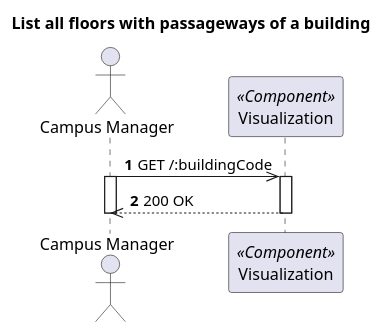
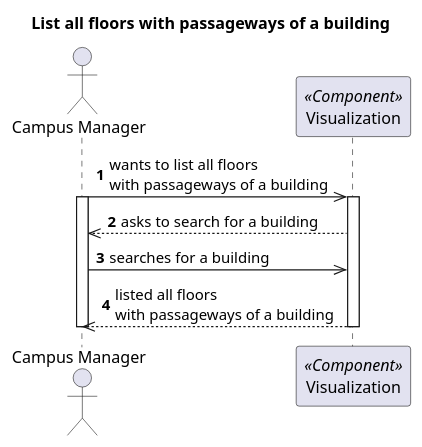
The diagram in docs/VistaProcesso/US220(1200)/Visualization/ProcessView_Level2_US1200.puml (1210910/lapr5), drawn with PlantUML before and after one commit. The commit also changed 13 other files, not shown here.

Commit message:
Diagrams fix (last commit bug)

```diff
--- a/docs/VistaProcesso/US220(1200)/Visualization/ProcessView_Level2_US1200.puml
+++ b/docs/VistaProcesso/US220(1200)/Visualization/ProcessView_Level2_US1200.puml
@@ -1,21 +1,23 @@
 @startuml Process View - Level 2 - List all floors with passageways of a building
 'https://plantuml.com/sequence-diagram
 
 autonumber
 
 skinparam packageStyle rect
 
 title List all floors with passageways of a building
 
 actor "Campus Manager" as CM
 participant "Visualization" as V <<Component>>
 
-CM->> V : GET /:buildingCode
+CM->> V : wants to list all floors \nwith passageways of a building
 
 activate CM
 activate V
-CM<<--- V : 200 OK
+CM<<-- V : asks to search for a building
+CM->> V : searches for a building
+CM<<--- V : listed all floors \nwith passageways of a building
 deactivate V
 deactivate CM
 
 @enduml
```
